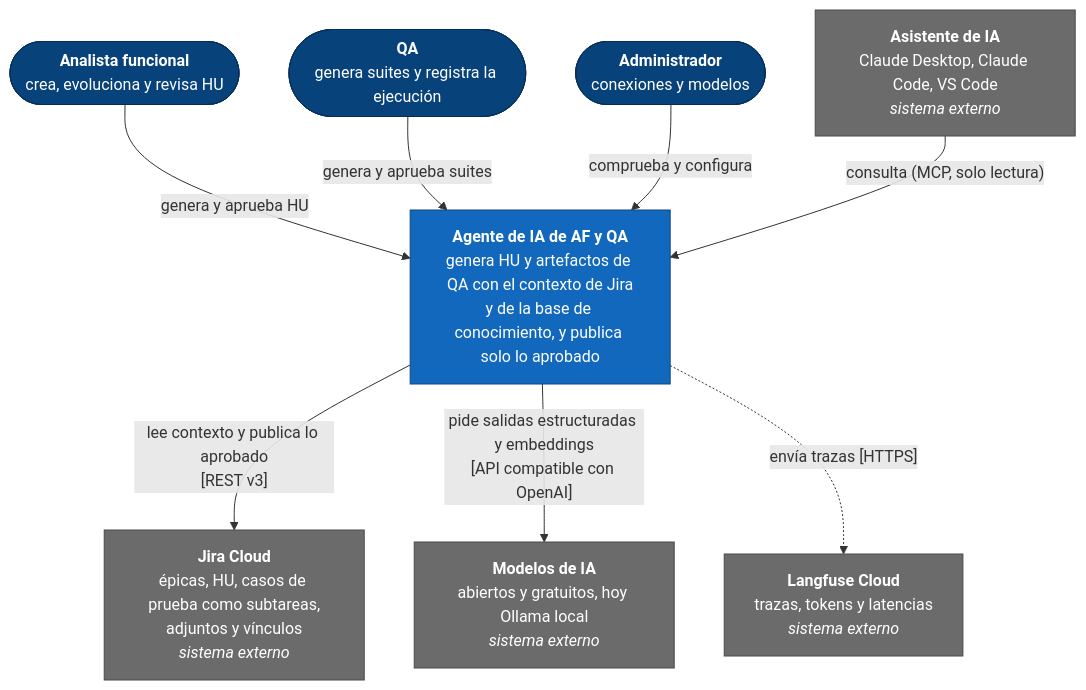
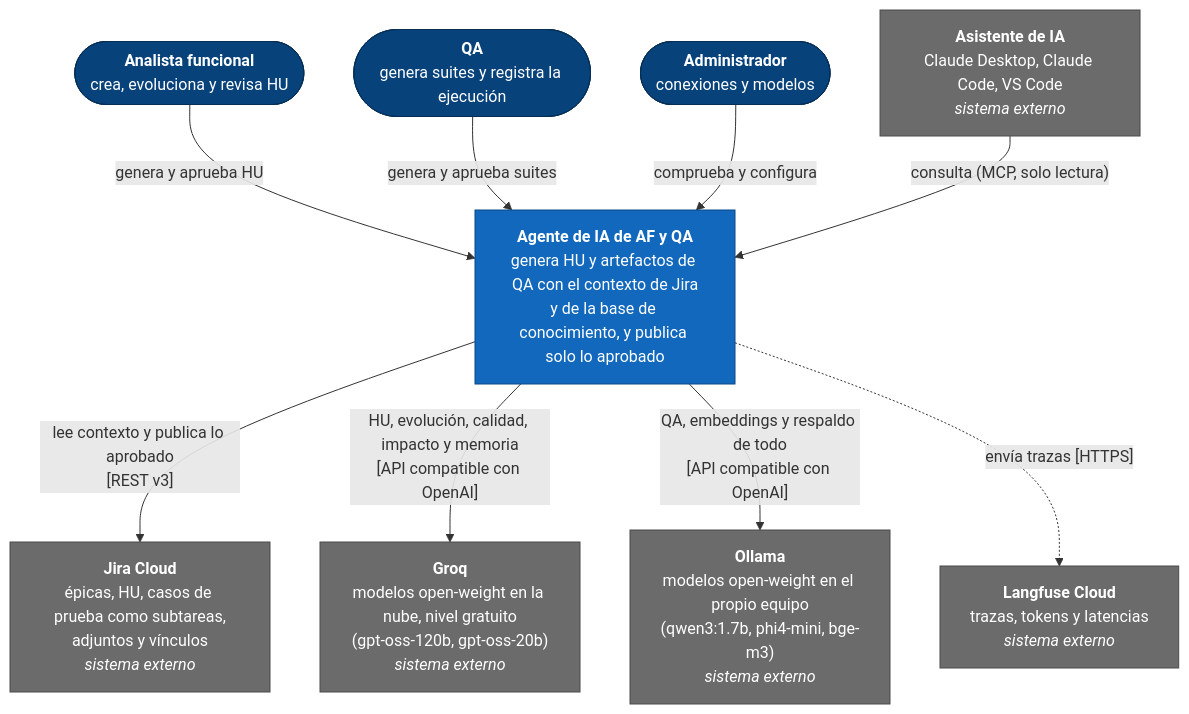
One commit to maujimenez4/agente-af-qa changed the first of 4 diagrams in docs/arquitectura-c4.md. Above: the diagram before and after it, drawn with Mermaid. The commit also changed other lines of this file and 5 other files, not shown here.

Commit message:
Documentación al día (2026-10-08): modelos mixtos en los diagramas de arquitectura y C4, README con el arranque diario, DEMO.md con la variante B en AFQP y ONBOARDING con el estado actual

````diff
--- a/docs/arquitectura-c4.md
+++ b/docs/arquitectura-c4.md
@@ -18,28 +18,30 @@
 ```mermaid
 flowchart TB
     af(["<b>Analista funcional</b><br/>crea, evoluciona y revisa HU"])
     qa(["<b>QA</b><br/>genera suites y registra la ejecución"])
     admin(["<b>Administrador</b><br/>conexiones y modelos"])
     asis["<b>Asistente de IA</b><br/>Claude Desktop, Claude Code, VS Code<br/><i>sistema externo</i>"]
 
     sys["<b>Agente de IA de AF y QA</b><br/>genera HU y artefactos de QA con el contexto de Jira<br/>y de la base de conocimiento, y publica solo lo aprobado"]
 
     jira["<b>Jira Cloud</b><br/>épicas, HU, casos de prueba como subtareas,<br/>adjuntos y vínculos<br/><i>sistema externo</i>"]
-    llm["<b>Modelos de IA</b><br/>abiertos y gratuitos, hoy Ollama local<br/><i>sistema externo</i>"]
+    groq["<b>Groq</b><br/>modelos open-weight en la nube, nivel gratuito<br/>(gpt-oss-120b, gpt-oss-20b)<br/><i>sistema externo</i>"]
+    llm["<b>Ollama</b><br/>modelos open-weight en el propio equipo<br/>(qwen3:1.7b, phi4-mini, bge-m3)<br/><i>sistema externo</i>"]
     lf["<b>Langfuse Cloud</b><br/>trazas, tokens y latencias<br/><i>sistema externo</i>"]
 
     af -- "genera y aprueba HU" --> sys
     qa -- "genera y aprueba suites" --> sys
     admin -- "comprueba y configura" --> sys
     asis -- "consulta (MCP, solo lectura)" --> sys
     sys -- "lee contexto y publica lo aprobado<br/>[REST v3]" --> jira
-    sys -- "pide salidas estructuradas y embeddings<br/>[API compatible con OpenAI]" --> llm
+    sys -- "HU, evolución, calidad, impacto y memoria<br/>[API compatible con OpenAI]" --> groq
+    sys -- "QA, embeddings y respaldo de todo<br/>[API compatible con OpenAI]" --> llm
     sys -. "envía trazas [HTTPS]" .-> lf
 
     classDef persona fill:#08427b,stroke:#052e56,color:#fff
     classDef sistema fill:#1168bd,stroke:#0b4884,color:#fff
     classDef externo fill:#6b6b6b,stroke:#4a4a4a,color:#fff
     class af,qa,admin persona
     class sys sistema
-    class asis,jira,llm,lf externo
+    class asis,jira,groq,llm,lf externo
 ```
````
